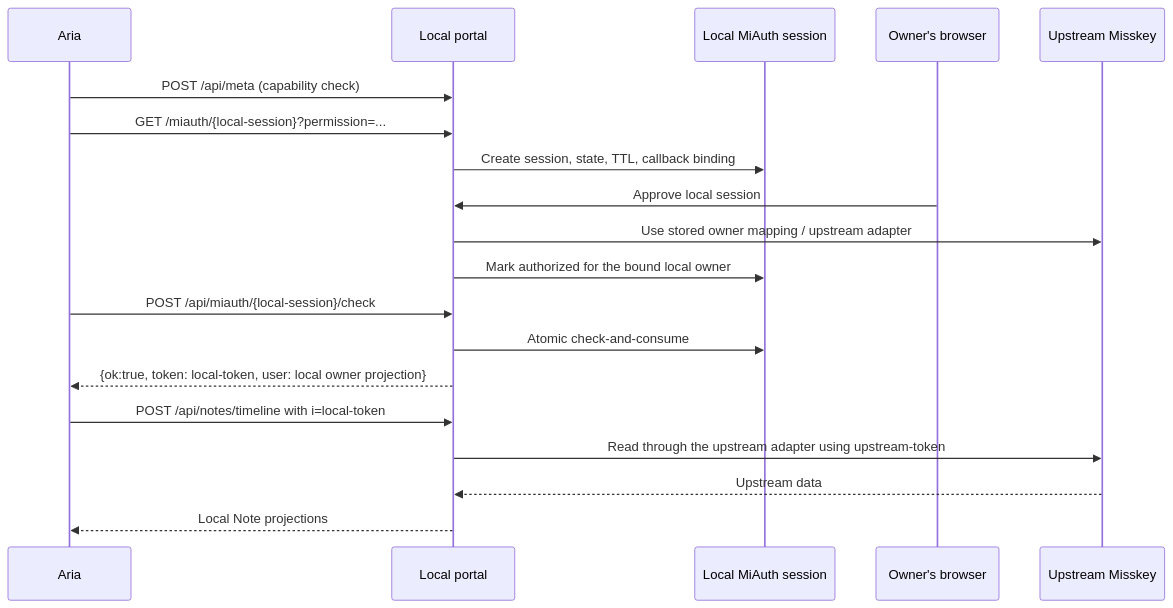
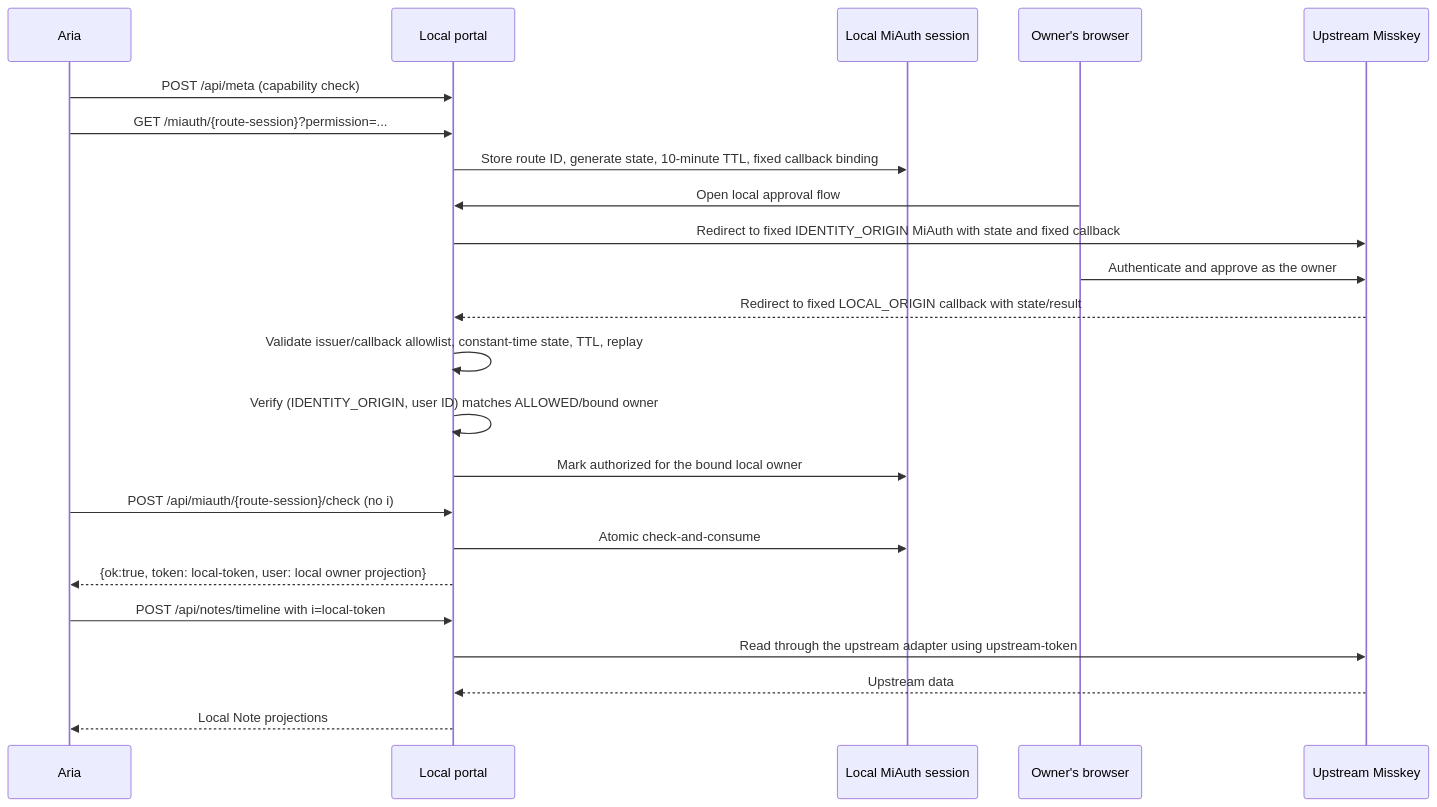
One commit to nananek/miauth-private-portal changed the diagram in docs/decisions/0001-auth-topology.md. Above: the diagram before and after it, drawn with Mermaid. The commit also changed other lines of this file and 1 other file, not shown here.

Commit message:
docs: define MiAuth route capability and reauthentication

````diff
--- a/docs/decisions/0001-auth-topology.md
+++ b/docs/decisions/0001-auth-topology.md
@@ -153,22 +157,26 @@
 ```mermaid
 sequenceDiagram
     participant A as Aria
     participant L as Local portal
     participant B as Local MiAuth session
     participant O as Owner's browser
     participant U as Upstream Misskey
 
     A->>L: POST /api/meta (capability check)
-    A->>L: GET /miauth/{local-session}?permission=...
-    L->>B: Create session, state, TTL, callback binding
-    O->>L: Approve local session
-    L->>U: Use stored owner mapping / upstream adapter
+    A->>L: GET /miauth/{route-session}?permission=...
+    L->>B: Store route ID, generate state, 10-minute TTL, fixed callback binding
+    O->>L: Open local approval flow
+    L->>U: Redirect to fixed IDENTITY_ORIGIN MiAuth with state and fixed callback
+    O->>U: Authenticate and approve as the owner
+    U-->>L: Redirect to fixed LOCAL_ORIGIN callback with state/result
+    L->>L: Validate issuer/callback allowlist, constant-time state, TTL, replay
+    L->>L: Verify (IDENTITY_ORIGIN, user ID) matches ALLOWED/bound owner
     L->>B: Mark authorized for the bound local owner
-    A->>L: POST /api/miauth/{local-session}/check
+    A->>L: POST /api/miauth/{route-session}/check (no i)
     L->>B: Atomic check-and-consume
     L-->>A: {ok:true, token: local-token, user: local owner projection}
     A->>L: POST /api/notes/timeline with i=local-token
     L->>U: Read through the upstream adapter using upstream-token
     U-->>L: Upstream data
     L-->>A: Local Note projections
 ```
````
